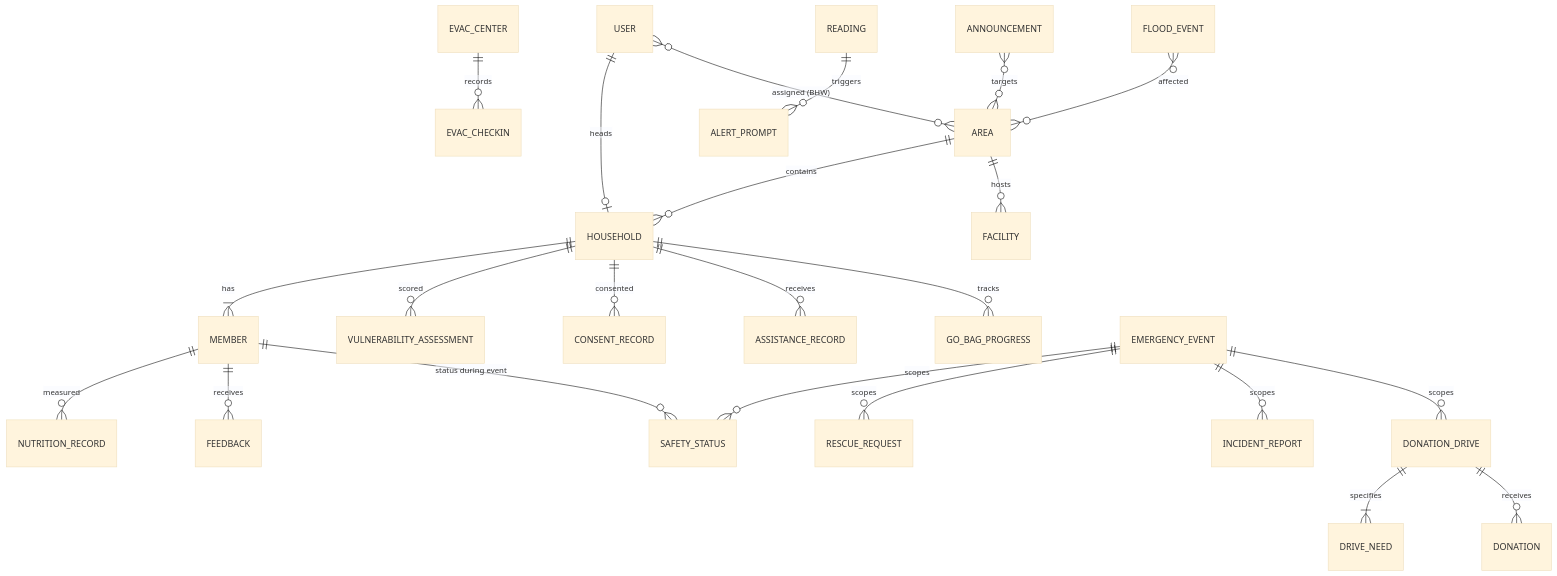
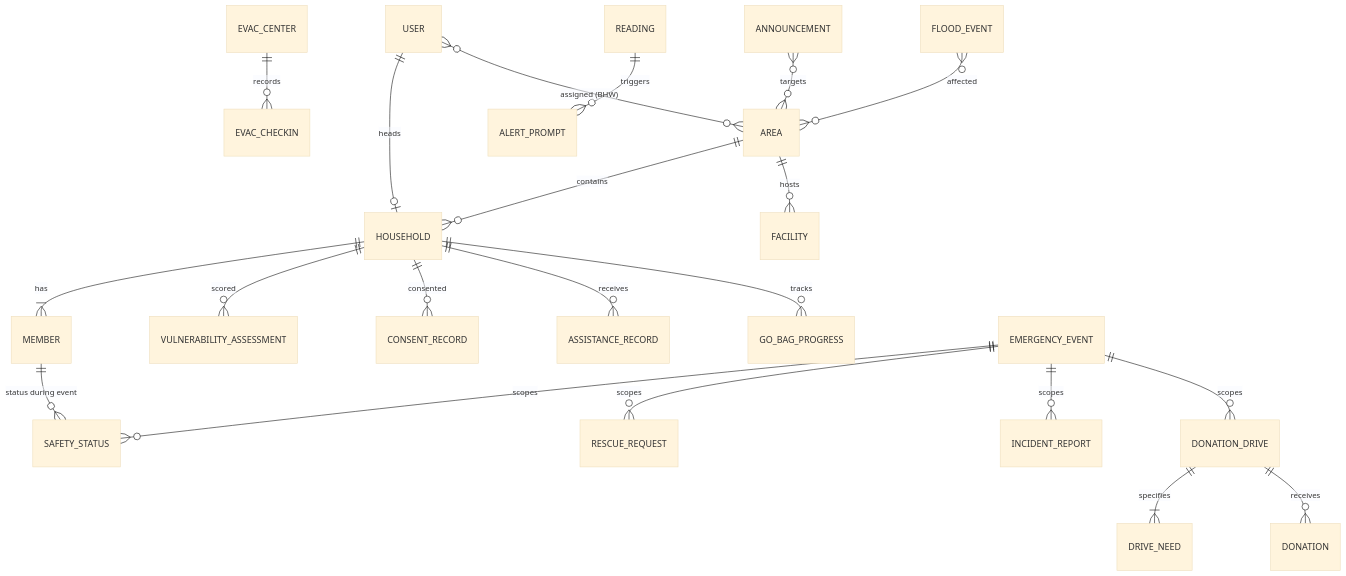
Before and after one commit to MaChewwwww/Project_Pitching: the diagram in docs/schema.md, drawn with Mermaid (base theme). The commit also changed other lines of this file and 7 other files, not shown here.

````diff
--- a/docs/schema.md
+++ b/docs/schema.md
@@ -50,25 +50,23 @@
 ```mermaid
 erDiagram
     USER ||--o| HOUSEHOLD : heads
     USER }o--o{ AREA : "assigned (BHW)"
     AREA ||--o{ HOUSEHOLD : contains
     AREA ||--o{ FACILITY : hosts
     HOUSEHOLD ||--|{ MEMBER : has
     HOUSEHOLD ||--o{ VULNERABILITY_ASSESSMENT : scored
     HOUSEHOLD ||--o{ CONSENT_RECORD : consented
     HOUSEHOLD ||--o{ ASSISTANCE_RECORD : receives
     HOUSEHOLD ||--o{ GO_BAG_PROGRESS : tracks
-    MEMBER ||--o{ NUTRITION_RECORD : measured
-    MEMBER ||--o{ FEEDBACK : receives
     MEMBER ||--o{ SAFETY_STATUS : "status during event"
     EMERGENCY_EVENT ||--o{ SAFETY_STATUS : scopes
     EMERGENCY_EVENT ||--o{ RESCUE_REQUEST : scopes
     EMERGENCY_EVENT ||--o{ INCIDENT_REPORT : scopes
     EMERGENCY_EVENT ||--o{ DONATION_DRIVE : scopes
     EVAC_CENTER ||--o{ EVAC_CHECKIN : records
     DONATION_DRIVE ||--|{ DRIVE_NEED : specifies
     DONATION_DRIVE ||--o{ DONATION : receives
     READING ||--o{ ALERT_PROMPT : triggers
     ANNOUNCEMENT }o--o{ AREA : targets
     FLOOD_EVENT }o--o{ AREA : affected
 ```
````
